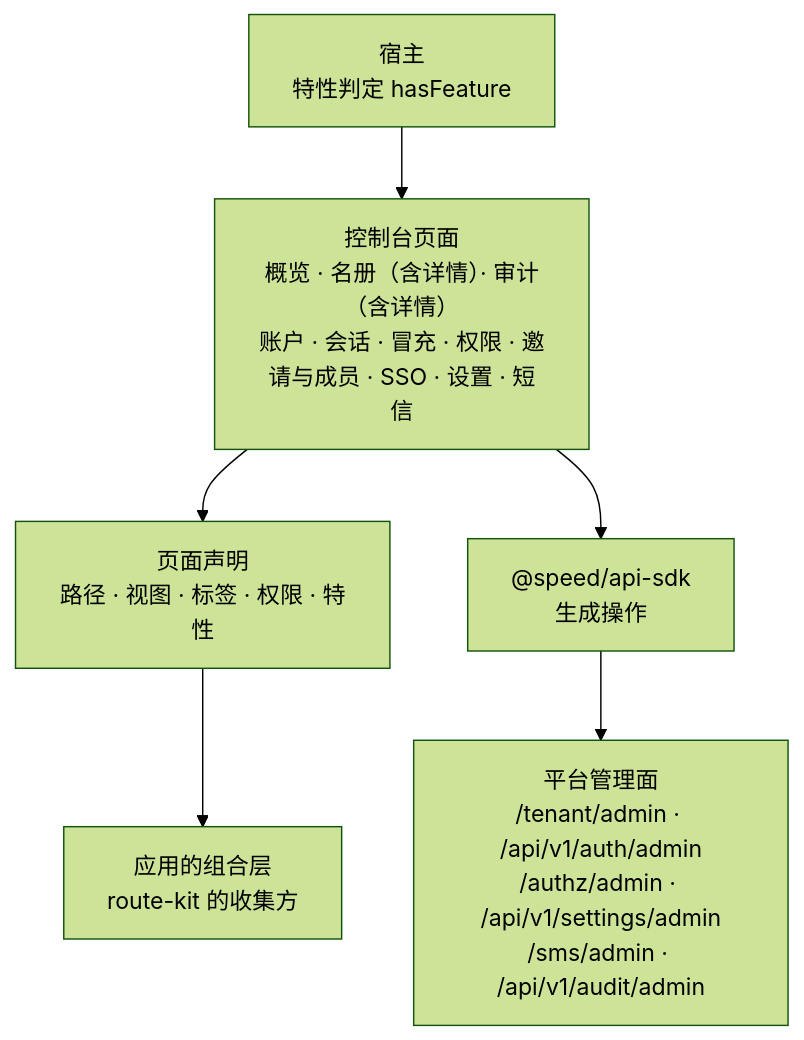
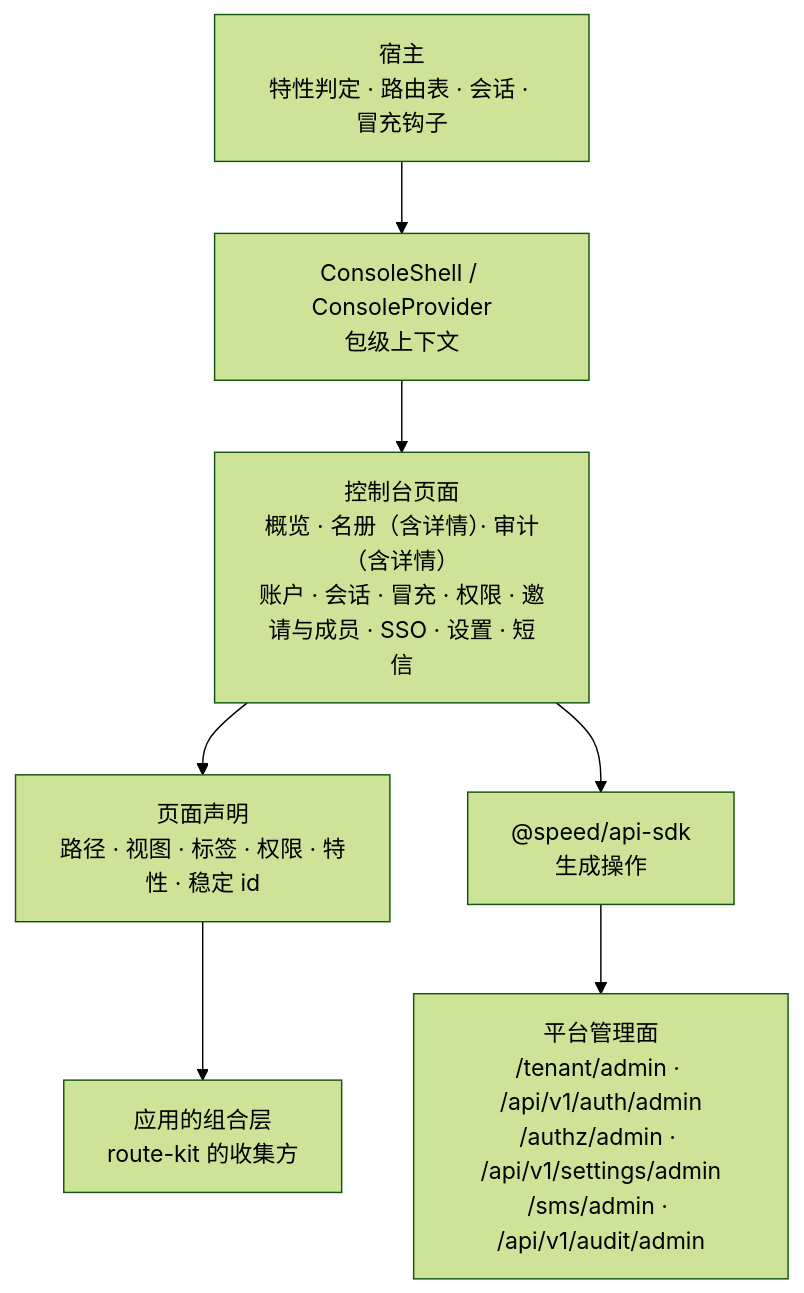
One commit to wangzw/speed changed the diagram in docs/design/modules/web/design-web-console-ui.md. Above: the diagram before and after it, drawn with Mermaid (forest theme). The commit also changed other lines of this file and 56 other files, not shown here.

First line of the commit message:
feat(console-ui): adopt the gating table, the shell seams and the shared units

````diff
--- a/docs/design/modules/web/design-web-console-ui.md
+++ b/docs/design/modules/web/design-web-console-ui.md
@@ -202,14 +259,16 @@
 ```mermaid
 graph TD
     pages["控制台页面\n概览 · 名册（含详情）· 审计（含详情）\n账户 · 会话 · 冒充 · 权限 · 邀请与成员 · SSO · 设置 · 短信"]
-    decl["页面声明\n路径 · 视图 · 标签 · 权限 · 特性"]
+    decl["页面声明\n路径 · 视图 · 标签 · 权限 · 特性 · 稳定 id"]
     collect["应用的组合层\nroute-kit 的收集方"]
-    host["宿主\n特性判定 hasFeature"]
+    host["宿主\n特性判定 · 路由表 · 会话 · 冒充钩子"]
+    frame["ConsoleShell / ConsoleProvider\n包级上下文"]
     api["@speed/api-sdk\n生成操作"]
     platform["平台管理面\n/tenant/admin · /api/v1/auth/admin\n/authz/admin · /api/v1/settings/admin\n/sms/admin · /api/v1/audit/admin"]
     pages --> decl
     decl --> collect
-    host --> pages
+    host --> frame
+    frame --> pages
     pages --> api
     api --> platform
 ```
````
